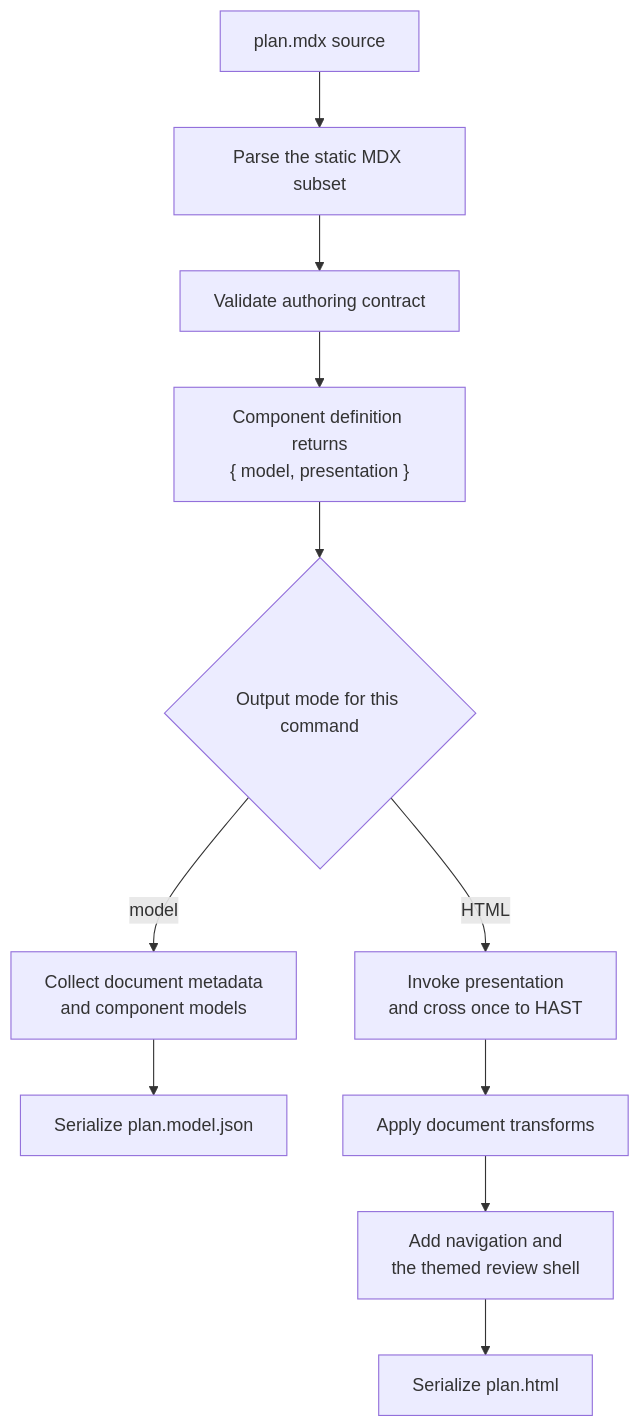
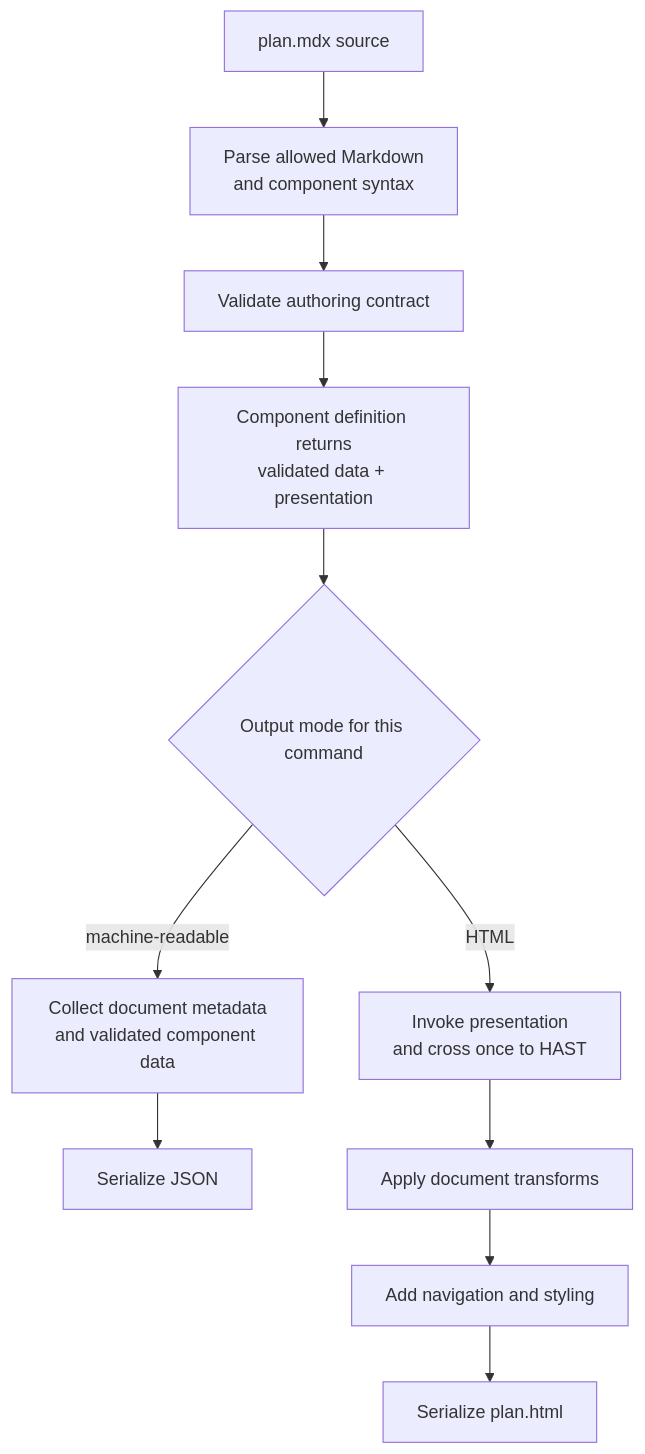
Before and after one commit to josh-padnick/big-plan: the second of 2 diagrams in docs/src/content/docs/architecture.md, drawn with Mermaid. The commit also changed other lines of this file and 13 other files, not shown here.

````diff
--- a/docs/src/content/docs/architecture.md
+++ b/docs/src/content/docs/architecture.md
@@ -66,13 +65,13 @@
 ```mermaid
 flowchart TB
-  S["plan.mdx source"] --> P["Parse the static MDX subset"]
+  S["plan.mdx source"] --> P["Parse allowed Markdown<br/>and component syntax"]
   P --> V["Validate authoring contract"]
-  V --> C["Component definition returns<br/>{ model, presentation }"]
+  V --> C["Component definition returns<br/>validated data + presentation"]
   C --> Q{"Output mode for this command"}
-  Q -- "model" --> J["Collect document metadata<br/>and component models"]
-  J --> O["Serialize plan.model.json"]
+  Q -- "machine-readable" --> J["Collect document metadata<br/>and validated component data"]
+  J --> O["Serialize JSON"]
   Q -- "HTML" --> R["Invoke presentation<br/>and cross once to HAST"]
   R --> H["Apply document transforms"]
-  H --> T["Add navigation and<br/>the themed review shell"]
+  H --> T["Add navigation and styling"]
   T --> U["Serialize plan.html"]
 ```
````
